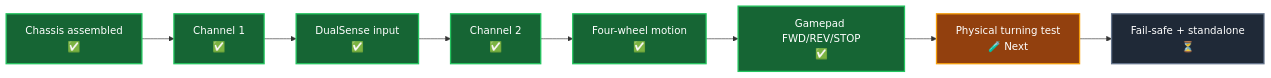
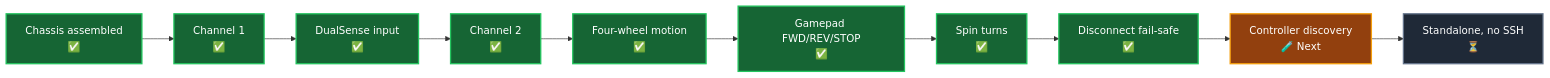
One commit to AndyChen227/RoverPi changed the first of 6 diagrams in README.md. Above: the diagram before and after it, drawn with Mermaid. The commit also changed other lines of this file and 21 other files, not shown here.

````diff
--- a/README.md
+++ b/README.md
@@ -102,17 +102,19 @@
 ```mermaid
 flowchart LR
     A["Chassis assembled<br/>✅"] --> B["Channel 1<br/>✅"]
     B --> C["DualSense input<br/>✅"]
     C --> D["Channel 2<br/>✅"]
     D --> E["Four-wheel motion<br/>✅"]
     E --> F["Gamepad FWD/REV/STOP<br/>✅"]
-    F --> G["Physical turning test<br/>🧪 Next"]
-    G --> H["Fail-safe + standalone<br/>⏳"]
+    F --> G["Spin turns<br/>✅"]
+    G --> H["Disconnect fail-safe<br/>✅"]
+    H --> I["Controller discovery<br/>🧪 Next"]
+    I --> J["Standalone, no SSH<br/>⏳"]
 
     classDef done fill:#166534,color:#fff,stroke:#22c55e,stroke-width:2px;
     classDef next fill:#92400e,color:#fff,stroke:#f59e0b,stroke-width:2px;
     classDef pending fill:#1f2937,color:#fff,stroke:#64748b,stroke-width:2px;
-    class A,B,C,D,E,F done;
-    class G next;
-    class H pending;
+    class A,B,C,D,E,F,G,H done;
+    class I next;
+    class J pending;
 ```
````
